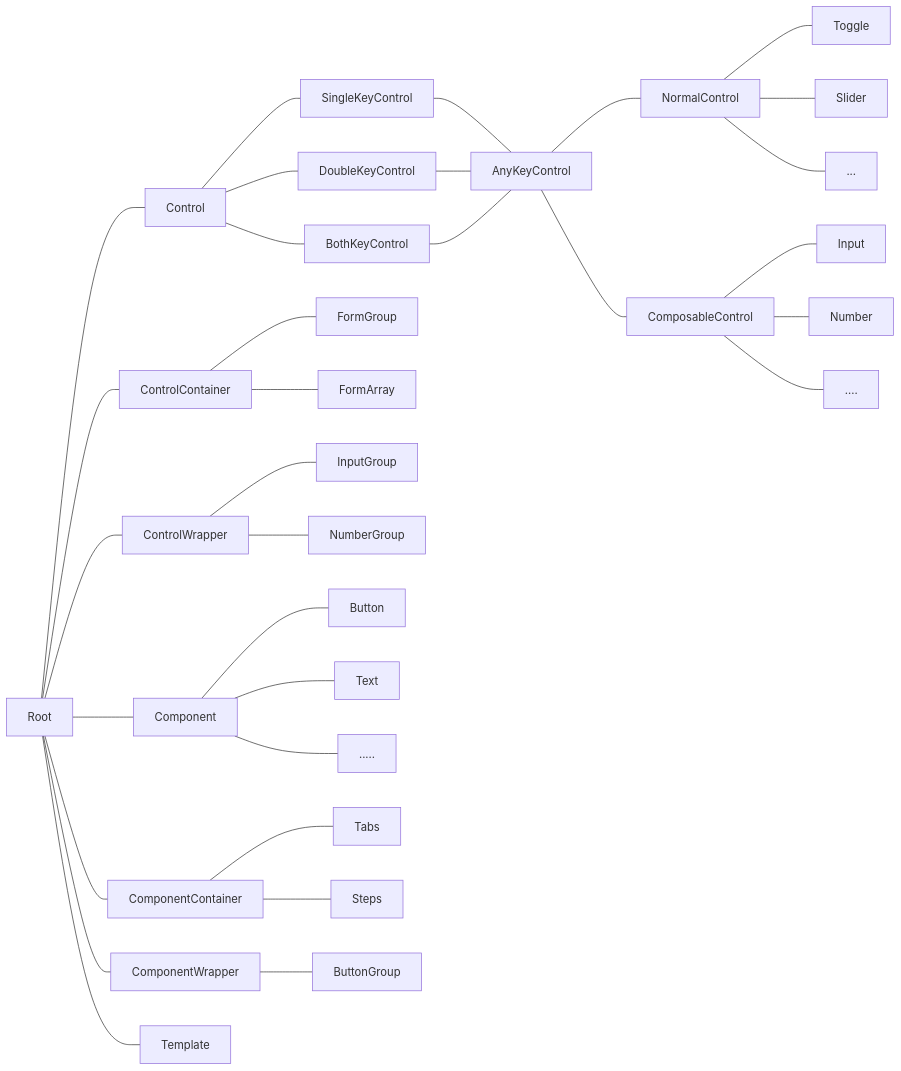
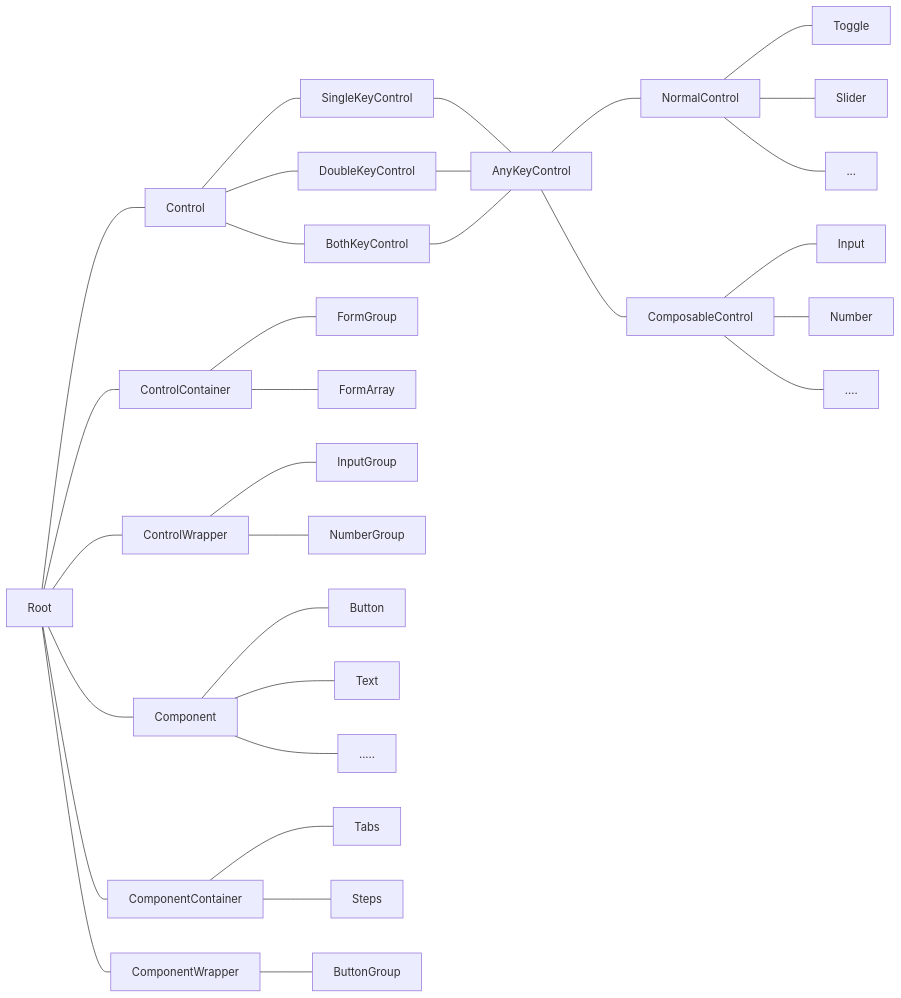
Before and after one commit to fluent-form/fluent-form: the diagram in DESIGN.md, drawn with Mermaid.

Commit message:
docs: adjust desgin

````diff
--- a/DESIGN.md
+++ b/DESIGN.md
@@ -1,41 +1,40 @@
 ```mermaid
 graph LR
 
 Root --- Control
 Root --- ControlContainer
 Root --- ControlWrapper
 Root --- Component
 Root --- ComponentContainer
 Root --- ComponentWrapper
-Root --- Template
 
 Control --- SingleKeyControl --- AnyKeyControl
 Control --- DoubleKeyControl --- AnyKeyControl
 Control --- BothKeyControl --- AnyKeyControl
 
 AnyKeyControl --- NormalControl
 AnyKeyControl --- ComposableControl
 
 NormalControl --- Toggle
 NormalControl --- Slider
 NormalControl --- ...
 
 ComposableControl --- Input
 ComposableControl --- Number
 ComposableControl --- ....
 
 ControlContainer --- FormGroup
 ControlContainer --- FormArray
 
 ControlWrapper --- InputGroup
 ControlWrapper --- NumberGroup
 
 Component --- Button
 Component --- Text
 Component --- .....
 
 ComponentContainer --- Tabs
 ComponentContainer --- Steps
 
 ComponentWrapper --- ButtonGroup
 ```
````
